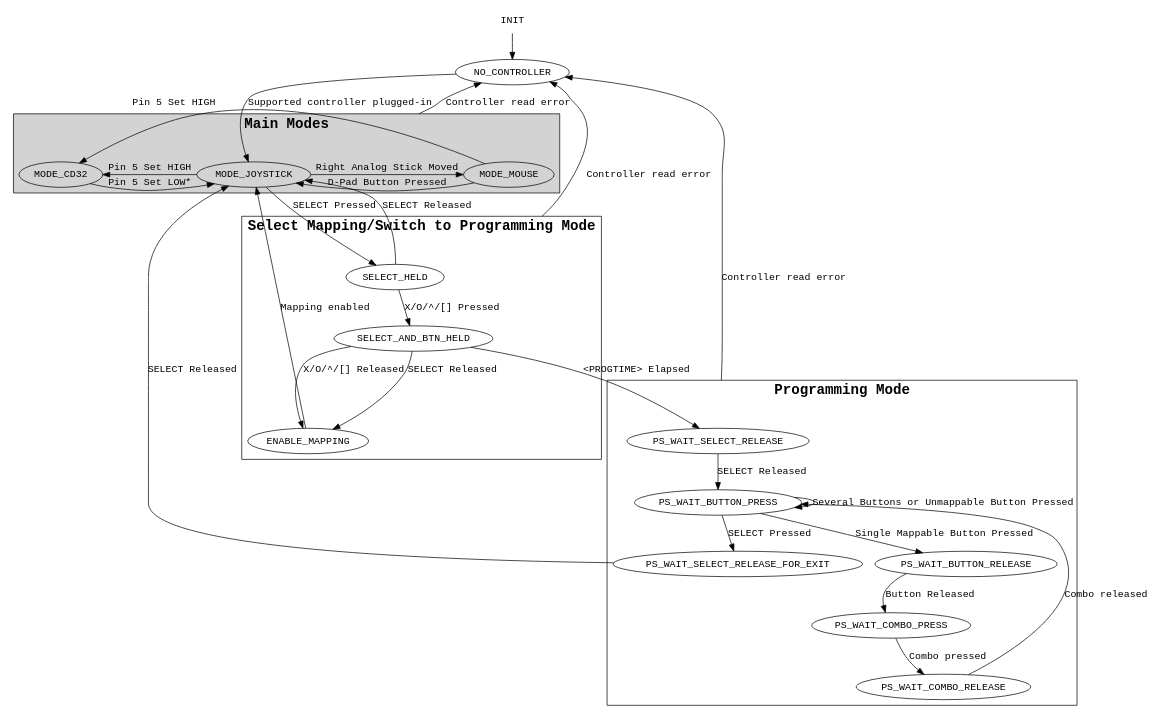
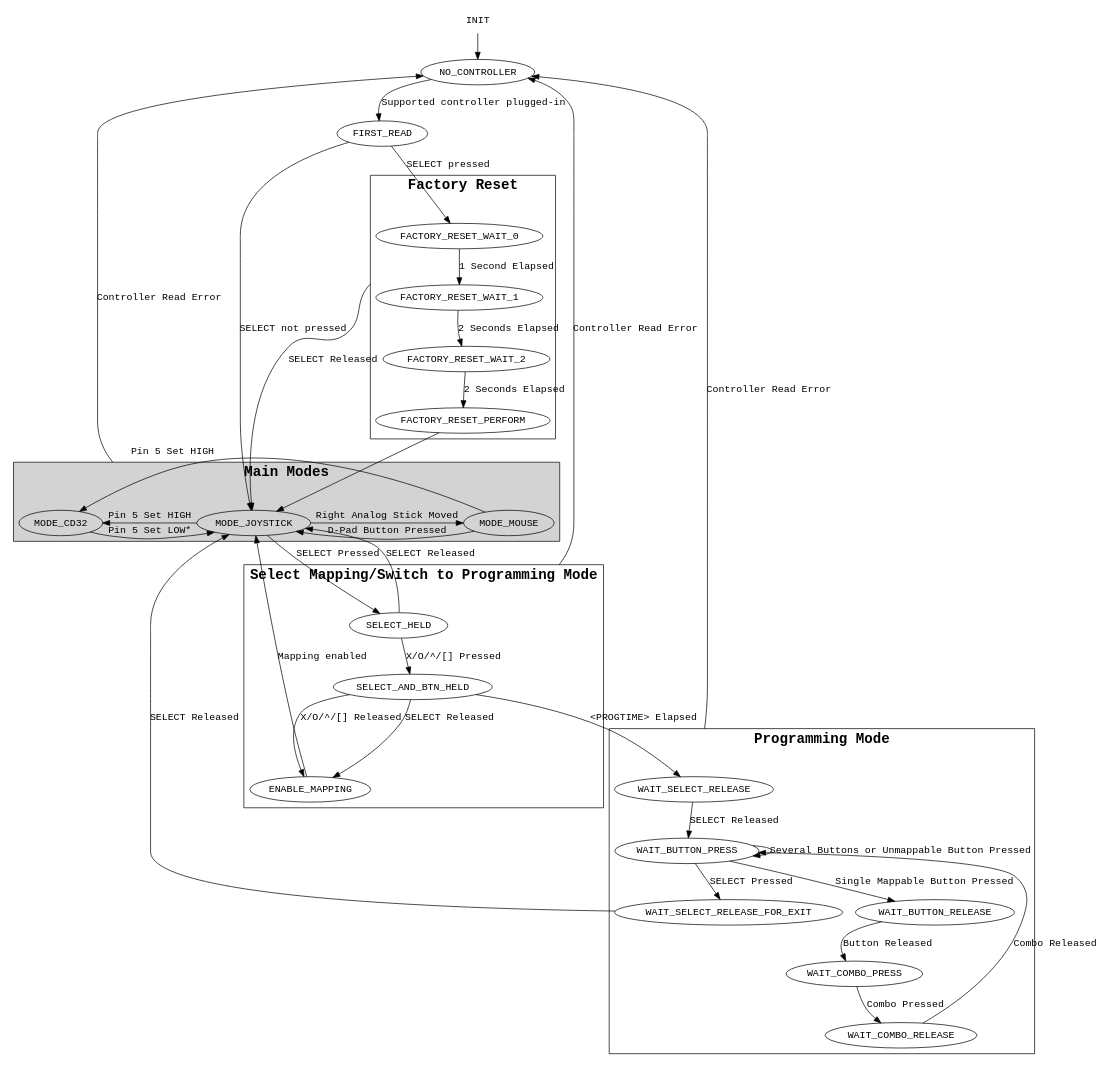
Before and after one commit to SukkoPera/OpenPSX2AmigaPadAdapter: the diagram in firmware/statediagram.gv, drawn with Graphviz.

```diff
--- a/firmware/statediagram.gv
+++ b/firmware/statediagram.gv
@@ -1,100 +1,123 @@
 digraph {
 	#ratio = 0.75;
 
 	compound = true;
 	newrank = true;
 	#splines=line
 	edge [splines = "curved"];
 	node [fontname = "Courier"];
 	edge [fontname = "Courier"];
 	#subgraph [fontname = "Courier"];
 	clusterrank = "local";
 	
 	# Initialization
 	{
 		node [shape = "plaintext"];
 
 		INIT;
 	}
 	
 	NO_CONTROLLER;
+	FIRST_READ;
 
 	INIT -> NO_CONTROLLER;
-	NO_CONTROLLER -> MODE_JOYSTICK [label = "Supported controller plugged-in"]
+	NO_CONTROLLER -> FIRST_READ [label = "Supported controller plugged-in"];
+	FIRST_READ -> FACTORY_RESET_WAIT_0 [label = "SELECT pressed"];
+	FIRST_READ -> MODE_JOYSTICK [label = "SELECT not pressed"]
 
 	# Main Mode Transitions
 	subgraph "cluster_main" {
 		label = "Main Modes";
 		fontname = "Courier-bold";
 		fontsize = "20pt";
 		style = "filled";
 
 		{
 			rank="same";
 			node [style = "filled"];
 
 			MODE_MOUSE;
 			MODE_JOYSTICK;
 			MODE_CD32;
 		}
 
 		MODE_JOYSTICK -> MODE_MOUSE [label = "Right Analog Stick Moved"];
 		MODE_MOUSE -> MODE_JOYSTICK [label = "D-Pad Button Pressed"];
 		MODE_JOYSTICK -> MODE_CD32 [label = "Pin 5 Set HIGH"];
 		MODE_MOUSE -> MODE_CD32 [label = "Pin 5 Set HIGH"];
 		MODE_CD32 -> MODE_JOYSTICK [label = "Pin 5 Set LOW*"];
 	}
 
 	# This actually represents a transitions valid for all nodes in the cluster
-	MODE_JOYSTICK -> NO_CONTROLLER [label = "Controller read error", ltail = cluster_main];
+	MODE_JOYSTICK -> NO_CONTROLLER [label = "Controller Read Error", ltail = cluster_main];
 	
 	subgraph "cluster_progswitch" {
 		label = "Select Mapping/Switch to Programming Mode";
 		fontname = "Courier-bold";
 		fontsize = "20pt";
 		
 		# States for entering Programming Mode
 		SELECT_HELD;
 		SELECT_AND_BTN_HELD;
 		ENABLE_MAPPING;
 
 		SELECT_HELD -> SELECT_AND_BTN_HELD [label = "X/O/^/[] Pressed"]
 		SELECT_AND_BTN_HELD -> ENABLE_MAPPING [label = "X/O/^/[] Released"]
 		SELECT_AND_BTN_HELD -> ENABLE_MAPPING [label = "SELECT Released"]
 	}
 
 	MODE_JOYSTICK -> SELECT_HELD [label = "SELECT Pressed"]
 	SELECT_HELD -> MODE_JOYSTICK [label = "SELECT Released"]
 	ENABLE_MAPPING -> MODE_JOYSTICK [label = "Mapping enabled"]
-	SELECT_AND_BTN_HELD -> PS_WAIT_SELECT_RELEASE [label = "<PROGTIME> Elapsed"]
+	SELECT_AND_BTN_HELD -> WAIT_SELECT_RELEASE [label = "<PROGTIME> Elapsed"]
 
 	# Again, valid for all nodes in the cluster
-	SELECT_HELD -> NO_CONTROLLER [label = "Controller read error", ltail = cluster_progswitch];
+	SELECT_HELD -> NO_CONTROLLER [label = "Controller Read Error", ltail = cluster_progswitch];
 
 	subgraph "cluster_progmode" {
 		label = "Programming Mode";
 		fontname = "Courier-bold";
 		fontsize = "20pt";
 		
 		# Programming Mode States
-		PS_WAIT_SELECT_RELEASE;
-		PS_WAIT_BUTTON_PRESS;
-		PS_WAIT_BUTTON_RELEASE;
-		PS_WAIT_COMBO_PRESS;
-		PS_WAIT_COMBO_RELEASE;
-		PS_WAIT_SELECT_RELEASE_FOR_EXIT;
+		WAIT_SELECT_RELEASE;
+		WAIT_BUTTON_PRESS;
+		WAIT_BUTTON_RELEASE;
+		WAIT_COMBO_PRESS;
+		WAIT_COMBO_RELEASE;
+		WAIT_SELECT_RELEASE_FOR_EXIT;
 
-		PS_WAIT_SELECT_RELEASE -> PS_WAIT_BUTTON_PRESS [label = "SELECT Released"]
-		PS_WAIT_BUTTON_PRESS -> PS_WAIT_SELECT_RELEASE_FOR_EXIT [label = "SELECT Pressed"]
-		PS_WAIT_BUTTON_PRESS -> PS_WAIT_BUTTON_RELEASE [label = "Single Mappable Button Pressed"]
-		PS_WAIT_BUTTON_PRESS -> PS_WAIT_BUTTON_PRESS [label = "Several Buttons or Unmappable Button Pressed"]
-		PS_WAIT_BUTTON_RELEASE -> PS_WAIT_COMBO_PRESS [label = "Button Released"]
-		PS_WAIT_COMBO_PRESS -> PS_WAIT_COMBO_RELEASE [label = "Combo pressed"]
-		PS_WAIT_COMBO_RELEASE -> PS_WAIT_BUTTON_PRESS [label = "Combo released"]
+		WAIT_SELECT_RELEASE -> WAIT_BUTTON_PRESS [label = "SELECT Released"]
+		WAIT_BUTTON_PRESS -> WAIT_SELECT_RELEASE_FOR_EXIT [label = "SELECT Pressed"]
+		WAIT_BUTTON_PRESS -> WAIT_BUTTON_RELEASE [label = "Single Mappable Button Pressed"]
+		WAIT_BUTTON_PRESS -> WAIT_BUTTON_PRESS [label = "Several Buttons or Unmappable Button Pressed"]
+		WAIT_BUTTON_RELEASE -> WAIT_COMBO_PRESS [label = "Button Released"]
+		WAIT_COMBO_PRESS -> WAIT_COMBO_RELEASE [label = "Combo Pressed"]
+		WAIT_COMBO_RELEASE -> WAIT_BUTTON_PRESS [label = "Combo Released"]
 	}
 
-	PS_WAIT_SELECT_RELEASE_FOR_EXIT -> MODE_JOYSTICK [label = "SELECT Released"]
+	WAIT_SELECT_RELEASE_FOR_EXIT -> MODE_JOYSTICK [label = "SELECT Released"]
 
 	# Guess what??? Valid for all nodes in the cluster
-	PS_WAIT_SELECT_RELEASE -> NO_CONTROLLER [label = "Controller read error", ltail = cluster_progmode];
+	WAIT_SELECT_RELEASE -> NO_CONTROLLER [label = "Controller Read Error", ltail = cluster_progmode];
+	
+	subgraph "cluster_reset" {
+		label = "Factory Reset";
+		fontname = "Courier-bold";
+		fontsize = "20pt";
+		
+		FACTORY_RESET_WAIT_0;
+		FACTORY_RESET_WAIT_1;
+		FACTORY_RESET_WAIT_2;
+		FACTORY_RESET_PERFORM;
+		
+		FACTORY_RESET_WAIT_0 -> FACTORY_RESET_WAIT_1 [label = "1 Second Elapsed"];
+		FACTORY_RESET_WAIT_1 -> FACTORY_RESET_WAIT_2 [label = "2 Seconds Elapsed"];
+		FACTORY_RESET_WAIT_2 -> FACTORY_RESET_PERFORM [label = "2 Seconds Elapsed"];
+	}
+	
+	FACTORY_RESET_PERFORM -> MODE_JOYSTICK;
+	
+	# Valid for all nodes in the cluster
+	FACTORY_RESET_WAIT_0 -> MODE_JOYSTICK [label = "SELECT Released", ltail = cluster_reset];
 }
```
